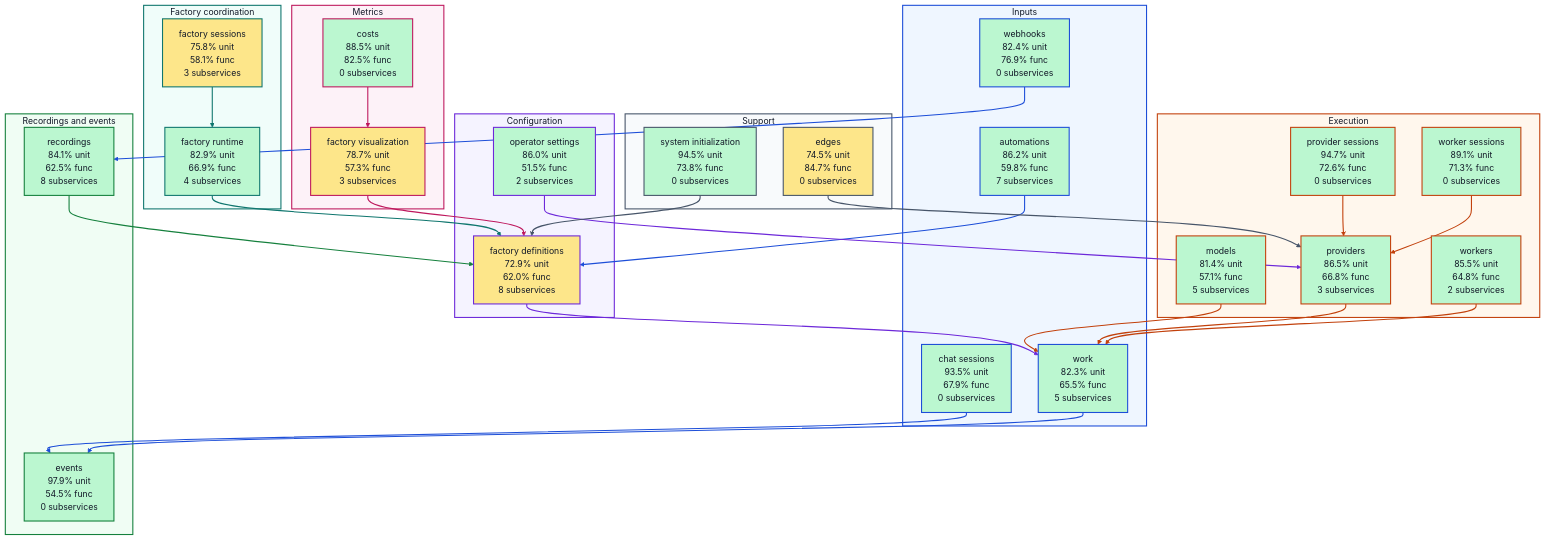
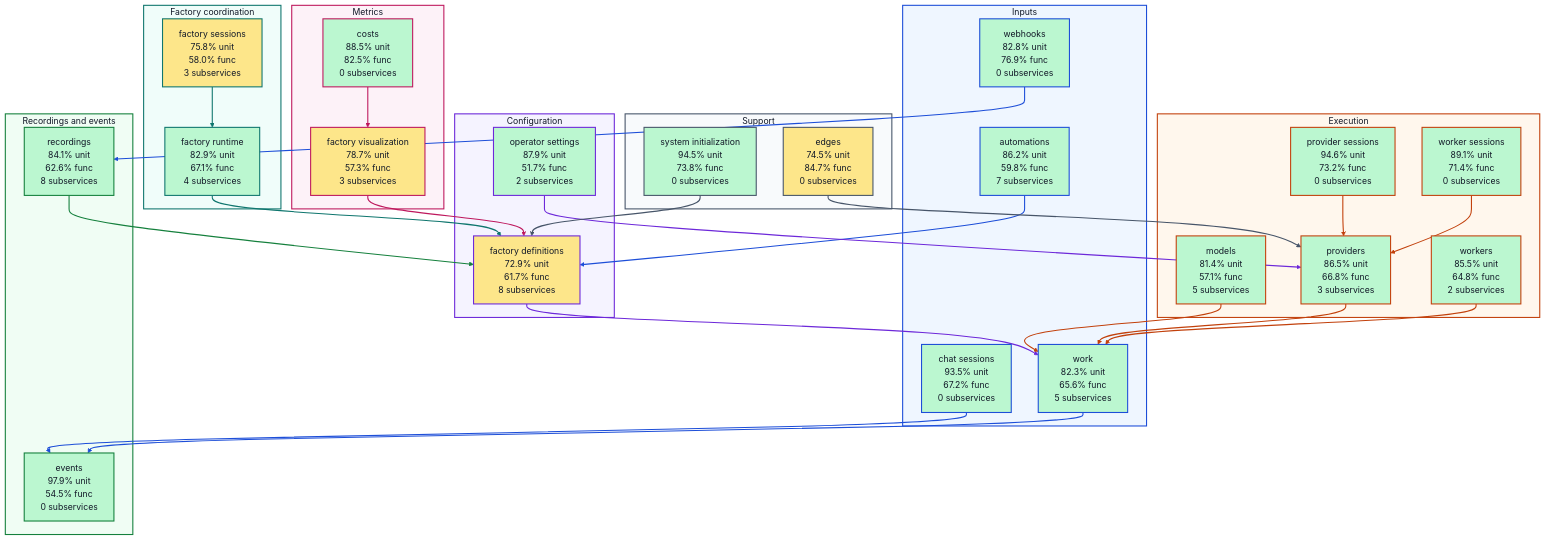
One commit to portpowered/you-agent-factory changed the diagram in docs/architecture/visualizations/high-level-test-coverage.md. Above: the diagram before and after it, drawn with Mermaid. The commit also changed other lines of this file and 20 other files, not shown here.

Commit message:
docs: refresh backend architecture visualizations

```diff
--- a/docs/architecture/visualizations/high-level-test-coverage.md
+++ b/docs/architecture/visualizations/high-level-test-coverage.md
@@ -12,28 +12,28 @@
 flowchart TB
   subgraph input["Inputs"]
     s_services_automations["automations<br/>86.2% unit<br/>59.8% func<br/>7 subservices"]
-    s_services_chat_sessions["chat sessions<br/>93.5% unit<br/>67.9% func<br/>0 subservices"]
-    s_services_webhooks["webhooks<br/>82.4% unit<br/>76.9% func<br/>0 subservices"]
-    s_services_work["work<br/>82.3% unit<br/>65.5% func<br/>5 subservices"]
+    s_services_chat_sessions["chat sessions<br/>93.5% unit<br/>67.2% func<br/>0 subservices"]
+    s_services_webhooks["webhooks<br/>82.8% unit<br/>76.9% func<br/>0 subservices"]
+    s_services_work["work<br/>82.3% unit<br/>65.6% func<br/>5 subservices"]
   end
   subgraph configuration["Configuration"]
-    s_services_factory_definitions["factory definitions<br/>72.9% unit<br/>62.0% func<br/>8 subservices"]
-    s_services_operator_settings["operator settings<br/>86.0% unit<br/>51.5% func<br/>2 subservices"]
+    s_services_factory_definitions["factory definitions<br/>72.9% unit<br/>61.7% func<br/>8 subservices"]
+    s_services_operator_settings["operator settings<br/>87.9% unit<br/>51.7% func<br/>2 subservices"]
   end
   subgraph coordination["Factory coordination"]
-    s_services_factory_runtime["factory runtime<br/>82.9% unit<br/>66.9% func<br/>4 subservices"]
-    s_services_factory_sessions["factory sessions<br/>75.8% unit<br/>58.1% func<br/>3 subservices"]
+    s_services_factory_runtime["factory runtime<br/>82.9% unit<br/>67.1% func<br/>4 subservices"]
+    s_services_factory_sessions["factory sessions<br/>75.8% unit<br/>58.0% func<br/>3 subservices"]
   end
   subgraph execution["Execution"]
     s_services_models["models<br/>81.4% unit<br/>57.1% func<br/>5 subservices"]
-    s_services_provider_sessions["provider sessions<br/>94.7% unit<br/>72.6% func<br/>0 subservices"]
+    s_services_provider_sessions["provider sessions<br/>94.6% unit<br/>73.2% func<br/>0 subservices"]
     s_services_providers["providers<br/>86.5% unit<br/>66.8% func<br/>3 subservices"]
-    s_services_worker_sessions["worker sessions<br/>89.1% unit<br/>71.3% func<br/>0 subservices"]
+    s_services_worker_sessions["worker sessions<br/>89.1% unit<br/>71.4% func<br/>0 subservices"]
     s_services_workers["workers<br/>85.5% unit<br/>64.8% func<br/>2 subservices"]
   end
   subgraph recordings["Recordings and events"]
     s_services_events["events<br/>97.9% unit<br/>54.5% func<br/>0 subservices"]
-    s_services_recordings["recordings<br/>84.1% unit<br/>62.5% func<br/>8 subservices"]
+    s_services_recordings["recordings<br/>84.1% unit<br/>62.6% func<br/>8 subservices"]
   end
   subgraph metrics["Metrics"]
     s_services_costs["costs<br/>88.5% unit<br/>82.5% func<br/>0 subservices"]
```
